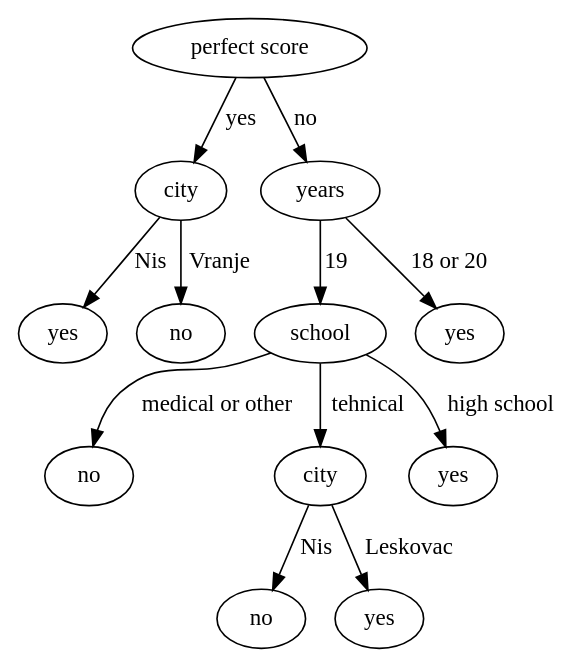
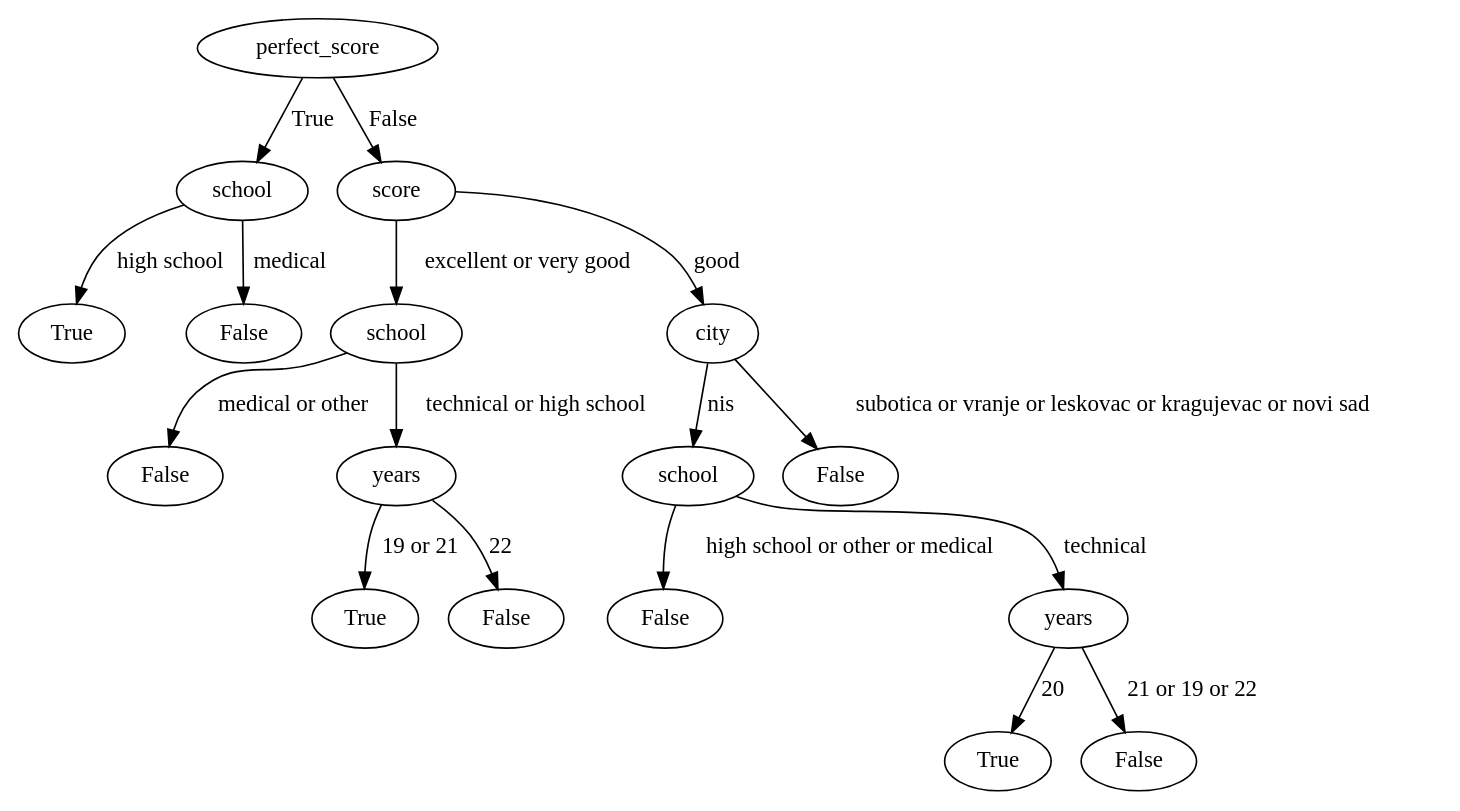
Before and after one commit to miljan1996denic/ID3_algorithm_implementation: the diagram in id3.gv, drawn with Graphviz. The commit also changed 6 other files, not shown here.

```diff
--- a/id3.gv
+++ b/id3.gv
@@ -1,25 +1,35 @@
 digraph ID3 {
-	"perfect score0" [label="perfect score"]
-	"perfect score0city0" [label=city]
-	"perfect score0city0yes0" [label=yes]
-	"perfect score0city0" -> "perfect score0city0yes0" [label=Nis]
-	"perfect score0city0no1" [label=no]
-	"perfect score0city0" -> "perfect score0city0no1" [label=Vranje]
-	"perfect score0" -> "perfect score0city0" [label=yes]
-	"perfect score0years1" [label=years]
-	"perfect score0years1school0" [label=school]
-	"perfect score0years1school0no0" [label=no]
-	"perfect score0years1school0" -> "perfect score0years1school0no0" [label="medical or other"]
-	"perfect score0years1school0city1" [label=city]
-	"perfect score0years1school0city1no0" [label=no]
-	"perfect score0years1school0city1" -> "perfect score0years1school0city1no0" [label=Nis]
-	"perfect score0years1school0city1yes1" [label=yes]
-	"perfect score0years1school0city1" -> "perfect score0years1school0city1yes1" [label=Leskovac]
-	"perfect score0years1school0" -> "perfect score0years1school0city1" [label=tehnical]
-	"perfect score0years1school0yes2" [label=yes]
-	"perfect score0years1school0" -> "perfect score0years1school0yes2" [label="high school"]
-	"perfect score0years1" -> "perfect score0years1school0" [label=19]
-	"perfect score0years1yes1" [label=yes]
-	"perfect score0years1" -> "perfect score0years1yes1" [label="18 or 20"]
-	"perfect score0" -> "perfect score0years1" [label=no]
+	perfect_score0 [label=perfect_score]
+	perfect_score0school0 [label=school]
+	perfect_score0school0True0 [label=True]
+	perfect_score0school0 -> perfect_score0school0True0 [label="high school"]
+	perfect_score0school0False1 [label=False]
+	perfect_score0school0 -> perfect_score0school0False1 [label=medical]
+	perfect_score0 -> perfect_score0school0 [label=True]
+	perfect_score0score1 [label=score]
+	perfect_score0score1school0 [label=school]
+	perfect_score0score1school0False0 [label=False]
+	perfect_score0score1school0 -> perfect_score0score1school0False0 [label="medical or other"]
+	perfect_score0score1school0years1 [label=years]
+	perfect_score0score1school0years1True0 [label=True]
+	perfect_score0score1school0years1 -> perfect_score0score1school0years1True0 [label="19 or 21"]
+	perfect_score0score1school0years1False1 [label=False]
+	perfect_score0score1school0years1 -> perfect_score0score1school0years1False1 [label=22]
+	perfect_score0score1school0 -> perfect_score0score1school0years1 [label="technical or high school"]
+	perfect_score0score1 -> perfect_score0score1school0 [label="excellent or very good"]
+	perfect_score0score1city1 [label=city]
+	perfect_score0score1city1school0 [label=school]
+	perfect_score0score1city1school0False0 [label=False]
+	perfect_score0score1city1school0 -> perfect_score0score1city1school0False0 [label="high school or other or medical"]
+	perfect_score0score1city1school0years1 [label=years]
+	perfect_score0score1city1school0years1True0 [label=True]
+	perfect_score0score1city1school0years1 -> perfect_score0score1city1school0years1True0 [label=20]
+	perfect_score0score1city1school0years1False1 [label=False]
+	perfect_score0score1city1school0years1 -> perfect_score0score1city1school0years1False1 [label="21 or 19 or 22"]
+	perfect_score0score1city1school0 -> perfect_score0score1city1school0years1 [label=technical]
+	perfect_score0score1city1 -> perfect_score0score1city1school0 [label=nis]
+	perfect_score0score1city1False1 [label=False]
+	perfect_score0score1city1 -> perfect_score0score1city1False1 [label="subotica or vranje or leskovac or kragujevac or novi sad"]
+	perfect_score0score1 -> perfect_score0score1city1 [label=good]
+	perfect_score0 -> perfect_score0score1 [label=False]
 }
```
